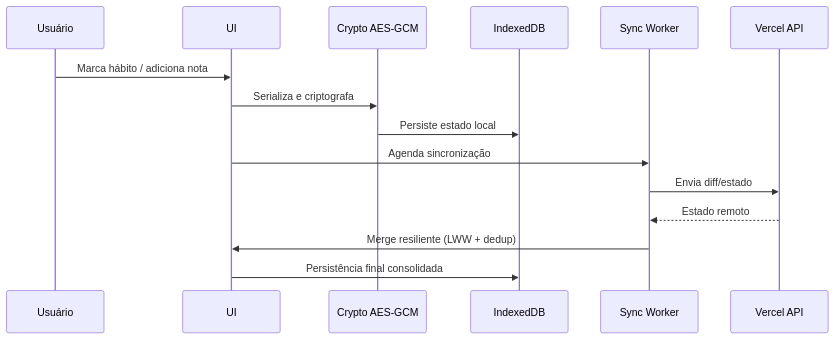
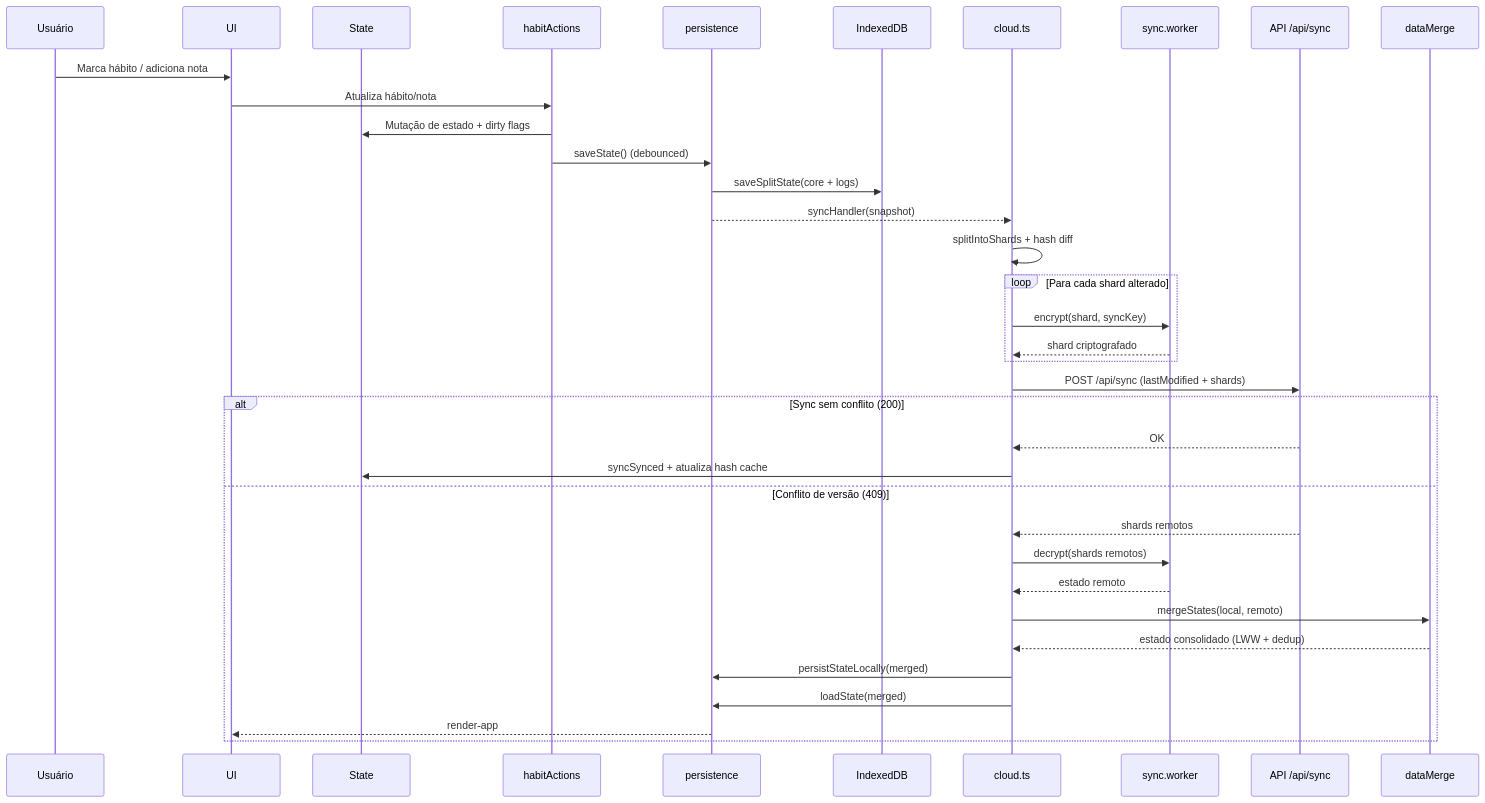
One commit to farifran/askesis changed the fifth of 10 diagrams in README.md. Above: the diagram before and after it, drawn with Mermaid. The commit also changed other lines of this file, not shown here.

````diff
--- a/README.md
+++ b/README.md
@@ -140,18 +193,41 @@
 ```mermaid
 sequenceDiagram
   participant User as Usuário
   participant UI as UI
-  participant Crypto as Crypto AES-GCM
+  participant State as State
+  participant Actions as habitActions
+  participant Persist as persistence
   participant DB as IndexedDB
-  participant Sync as Sync Worker
-  participant API as Vercel API
+  participant Cloud as cloud.ts
+  participant Worker as sync.worker
+  participant API as API /api/sync
+  participant Merge as dataMerge
 
   User->>UI: Marca hábito / adiciona nota
-  UI->>Crypto: Serializa e criptografa
-  Crypto->>DB: Persiste estado local
-  UI->>Sync: Agenda sincronização
-  Sync->>API: Envia diff/estado
-  API-->>Sync: Estado remoto
-  Sync->>UI: Merge resiliente (LWW + dedup)
-  UI->>DB: Persistência final consolidada
+  UI->>Actions: Atualiza hábito/nota
+  Actions->>State: Mutação de estado + dirty flags
+  Actions->>Persist: saveState() (debounced)
+  Persist->>DB: saveSplitState(core + logs)
+  Persist-->>Cloud: syncHandler(snapshot)
+  Cloud->>Cloud: splitIntoShards + hash diff
+
+  loop Para cada shard alterado
+    Cloud->>Worker: encrypt(shard, syncKey)
+    Worker-->>Cloud: shard criptografado
+  end
+
+  Cloud->>API: POST /api/sync (lastModified + shards)
+  alt Sync sem conflito (200)
+    API-->>Cloud: OK
+    Cloud->>State: syncSynced + atualiza hash cache
+  else Conflito de versão (409)
+    API-->>Cloud: shards remotos
+    Cloud->>Worker: decrypt(shards remotos)
+    Worker-->>Cloud: estado remoto
+    Cloud->>Merge: mergeStates(local, remoto)
+    Merge-->>Cloud: estado consolidado (LWW + dedup)
+    Cloud->>Persist: persistStateLocally(merged)
+    Cloud->>Persist: loadState(merged)
+    Persist-->>UI: render-app
+  end
 ```
````
